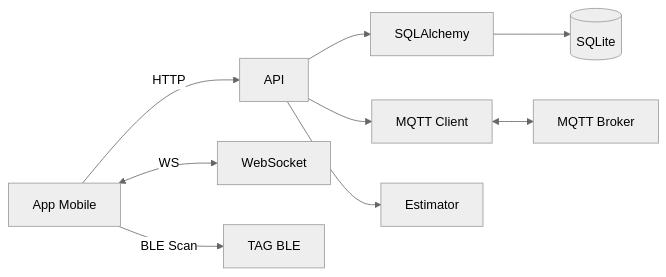
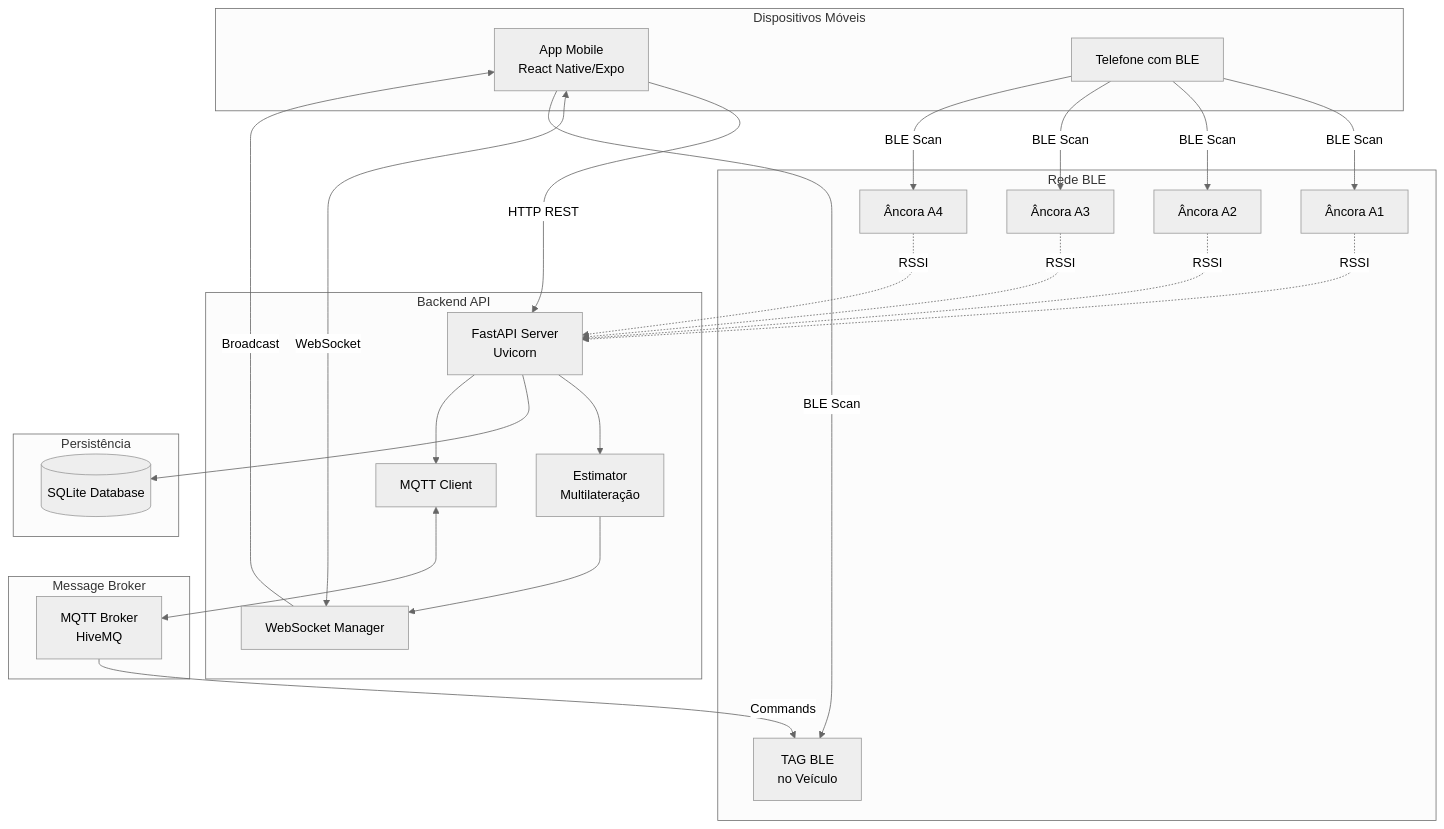
One commit to carmipa/NEXT-2025 changed the first of 6 diagrams in mobile/App-RadarMotu/README.md. Above: the diagram before and after it, drawn with Mermaid (neutral theme). The commit also changed other lines of this file and 16 other files, not shown here.

````diff
--- a/mobile/App-RadarMotu/README.md
+++ b/mobile/App-RadarMotu/README.md
@@ -44,11 +346,52 @@
 ```mermaid
-graph LR
-  A[App Mobile] -->|HTTP| B[API]
-  A <--> |WS| C[WebSocket]
-  A -->|BLE Scan| D[TAG BLE]
-  B --> E[SQLAlchemy]
-  E --> F[(SQLite)]
-  B --> G[MQTT Client]
-  G <--> H[MQTT Broker]
-  B --> I[Estimator]
+graph TB
+    subgraph "Dispositivos Móveis"
+        APP[App Mobile<br/>React Native/Expo]
+        PHONE[Telefone com BLE]
+    end
+    
+    subgraph "Rede BLE"
+        TAG[TAG BLE<br/>no Veículo]
+        ANC1[Âncora A1]
+        ANC2[Âncora A2]
+        ANC3[Âncora A3]
+        ANC4[Âncora A4]
+    end
+    
+    subgraph "Backend API"
+        API[FastAPI Server<br/>Uvicorn]
+        WS[WebSocket Manager]
+        EST[Estimator<br/>Multilateração]
+        MQTT_CLIENT[MQTT Client]
+    end
+    
+    subgraph "Persistência"
+        DB[(SQLite Database)]
+    end
+    
+    subgraph "Message Broker"
+        MQTT_BROKER[MQTT Broker<br/>HiveMQ]
+    end
+    
+    APP -->|HTTP REST| API
+    APP <-->|WebSocket| WS
+    APP -->|BLE Scan| TAG
+    PHONE -->|BLE Scan| ANC1
+    PHONE -->|BLE Scan| ANC2
+    PHONE -->|BLE Scan| ANC3
+    PHONE -->|BLE Scan| ANC4
+    
+    ANC1 -.RSSI.-> API
+    ANC2 -.RSSI.-> API
+    ANC3 -.RSSI.-> API
+    ANC4 -.RSSI.-> API
+    
+    API --> EST
+    EST --> WS
+    WS -->|Broadcast| APP
+    
+    API --> DB
+    API --> MQTT_CLIENT
+    MQTT_CLIENT <--> MQTT_BROKER
+    MQTT_BROKER -->|Commands| TAG
 ```
````
